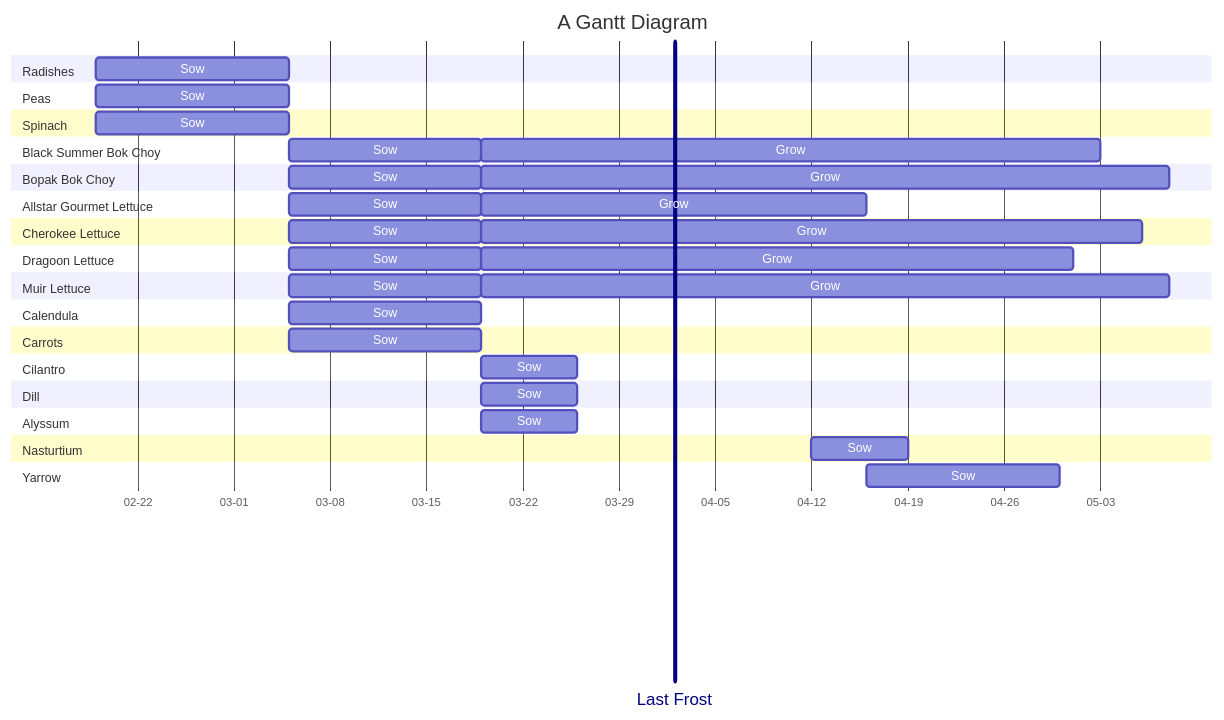
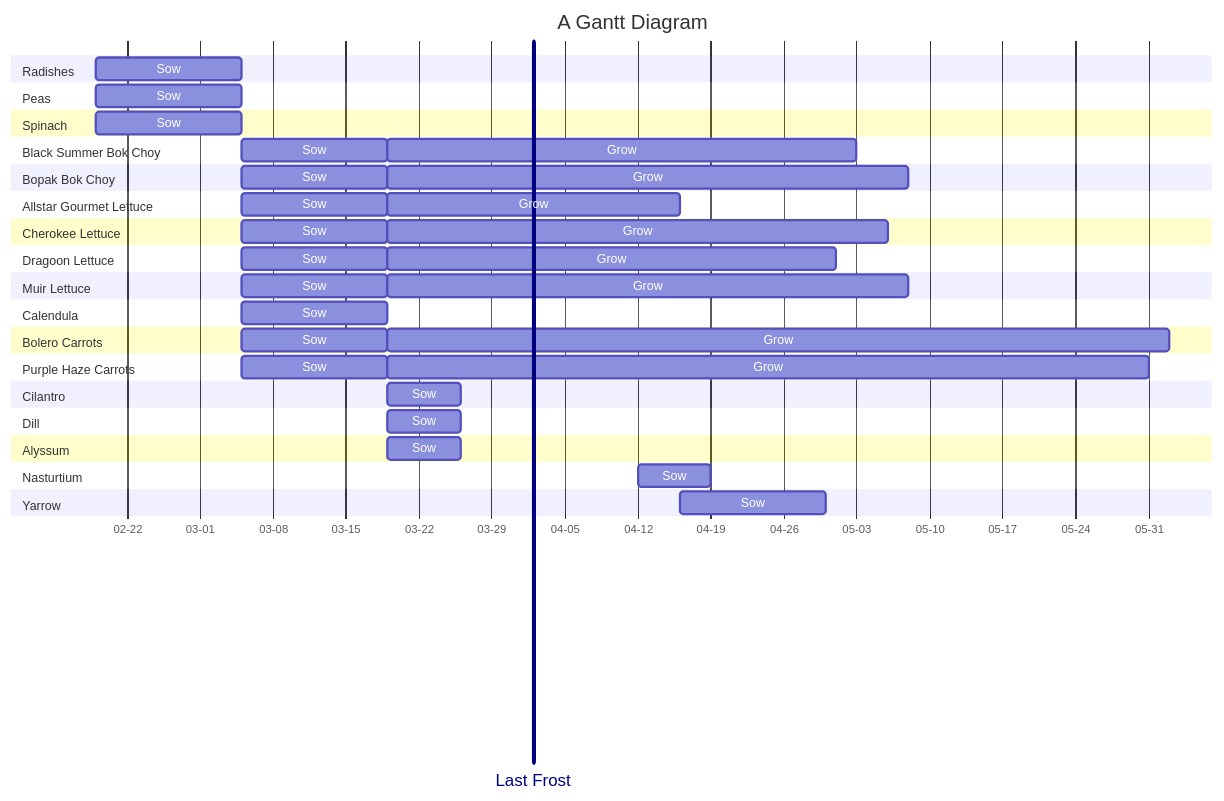
Before and after one commit to bjenning04/foam: the diagram in 2026-planting-schedule.md, drawn with Mermaid.

Commit message:
Feb 21, 2026, 9:06 PM

````diff
--- a/2026-planting-schedule.md
+++ b/2026-planting-schedule.md
@@ -3,48 +3,52 @@
 ```mermaid
 ---
 displayMode: compact
 ---
 gantt
     title A Gantt Diagram
     dateFormat YYYY-MM-DD
     axisFormat %m-%d
     Last Frost: vert, v1, 2026-04-02,
     Section Radishes
         Sow: 2026-02-19, 14d
     Section Peas
         Sow: 2026-02-19, 14d
     Section Spinach
         Sow: 2026-02-19, 14d
     Section Black Summer Bok Choy
         Sow: 2026-03-05, 14d
         Grow: 2026-03-19, 45d
     Section Bopak Bok Choy
         Sow: 2026-03-05, 14d
         Grow: 2026-03-19, 50d
     Section Allstar Gourmet Lettuce
         Sow: 2026-03-05, 14d
         Grow: 2026-03-19, 28d
     Section Cherokee Lettuce
         Sow: 2026-03-05, 14d
         Grow: 2026-03-19, 48d
     Section Dragoon Lettuce
         Sow: 2026-03-05, 14d
         Grow: 2026-03-19, 43d
     Section Muir Lettuce
         Sow: 2026-03-05, 14d
         Grow: 2026-03-19, 50d
     Section Calendula
         Sow: 2026-03-05, 14d
-    Section Carrots
+    Section Bolero Carrots
         Sow: 2026-03-05, 14d
+        Grow: 2026-03-19, 75d
+    Section Purple Haze Carrots
+        Sow: 2026-03-05, 14d
+        Grow: 2026-03-19, 73d
     Section Cilantro
         Sow: 2026-03-19, 7d
     Section Dill
         Sow: 2026-03-19, 7d
     Section Alyssum
         Sow: 2026-03-19, 7d
     Section Nasturtium
         Sow: 2026-04-12, 7d
     Section Yarrow
         Sow: 2026-04-16, 14d
 ```
````
